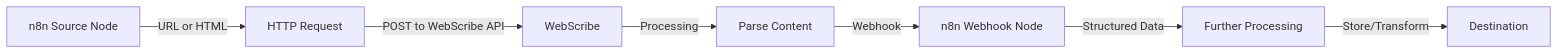
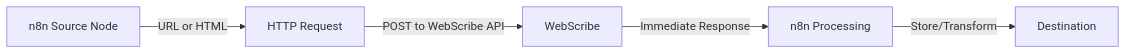
One commit to jaywalked78/WebScribe changed the diagram in README.md. Above: the diagram before and after it, drawn with Mermaid. The commit also changed other lines of this file and 12 other files, not shown here.

````diff
--- a/README.md
+++ b/README.md
@@ -103,9 +111,7 @@
 ```mermaid
 graph LR
     A[n8n Source Node] -->|URL or HTML| B[HTTP Request]
     B -->|POST to WebScribe API| C[WebScribe]
-    C -->|Processing| D[Parse Content]
-    D -->|Webhook| E[n8n Webhook Node]
-    E -->|Structured Data| F[Further Processing]
-    F -->|Store/Transform| G[Destination]
+    C -->|Immediate Response| D[n8n Processing]
+    D -->|Store/Transform| E[Destination]
 ```
````
